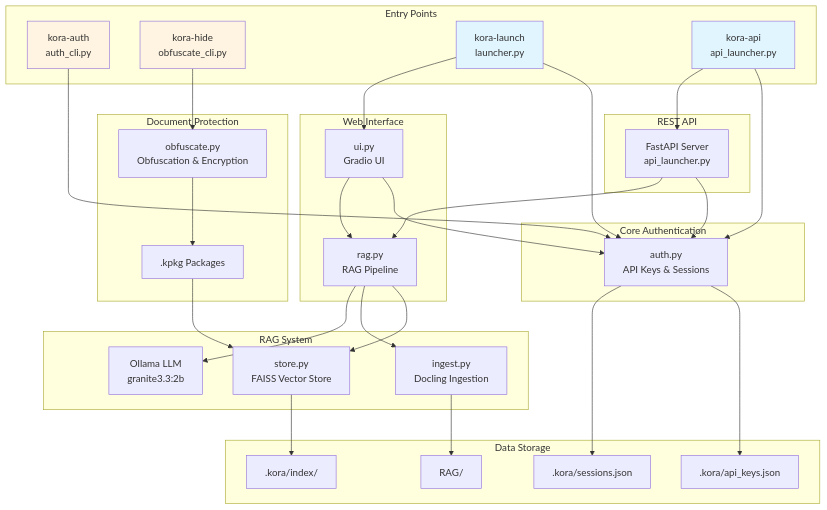
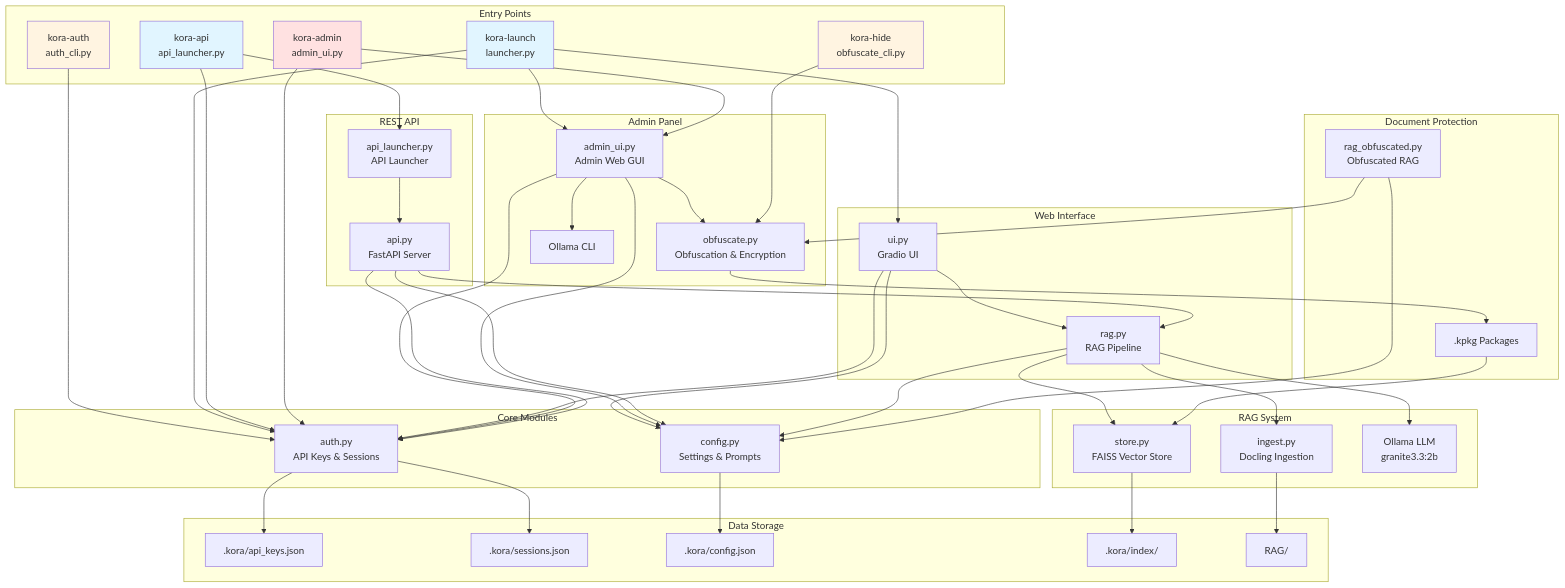
One commit to Fedele-AI/KORA changed the second of 2 diagrams in README.md. Above: the diagram before and after it, drawn with Mermaid. The commit also changed other lines of this file and 12 other files, not shown here.

````diff
--- a/README.md
+++ b/README.md
@@ -325,14 +496,17 @@
         CLI[kora-auth<br/>auth_cli.py]
         HIDE[kora-hide<br/>obfuscate_cli.py]
         WEB[kora-launch<br/>launcher.py]
-        API[kora-api<br/>api_launcher.py]
+        APICLI[kora-api<br/>api_launcher.py]
+        ADMIN[kora-admin<br/>admin_ui.py]
     end
     
-    subgraph "Core Authentication"
+    subgraph "Core Modules"
         AUTH[auth.py<br/>API Keys & Sessions]
+        CONFIG[config.py<br/>Settings & Prompts]
         CLI --> AUTH
         WEB --> AUTH
-        API --> AUTH
+        APICLI --> AUTH
+        ADMIN --> AUTH
     end
     
     subgraph "Web Interface"
@@ -340,13 +514,27 @@
         WEB --> UI
         UI --> AUTH
         UI --> RAG
+        UI --> CONFIG
+    end
+    
+    subgraph "Admin Panel"
+        ADMINUI[admin_ui.py<br/>Admin Web GUI]
+        WEB --> ADMINUI
+        ADMIN --> ADMINUI
+        ADMINUI --> AUTH
+        ADMINUI --> OBF
+        ADMINUI --> CONFIG
+        ADMINUI --> OLLAMA[Ollama CLI]
     end
     
     subgraph "REST API"
-        FASTAPI[FastAPI Server<br/>api_launcher.py]
-        API --> FASTAPI
+        FASTAPI[api.py<br/>FastAPI Server]
+        APILAUNCHER[api_launcher.py<br/>API Launcher]
+        APICLI --> APILAUNCHER
+        APILAUNCHER --> FASTAPI
         FASTAPI --> AUTH
         FASTAPI --> RAG
+        FASTAPI --> CONFIG
     end
     
     subgraph "RAG System"
@@ -356,30 +544,37 @@
         
         RAG --> STORE
         RAG --> INGEST
+        RAG --> CONFIG
         RAG --> LLM[Ollama LLM<br/>granite3.3:2b]
     end
     
     subgraph "Document Protection"
         OBF[obfuscate.py<br/>Obfuscation & Encryption]
+        RAGOBF[rag_obfuscated.py<br/>Obfuscated RAG]
         HIDE --> OBF
         OBF --> KPKG[.kpkg Packages]
+        RAGOBF --> OBF
+        RAGOBF --> CONFIG
         KPKG --> STORE
     end
     
     subgraph "Data Storage"
         APIKEYS[.kora/api_keys.json]
         SESSIONS[.kora/sessions.json]
+        CFGFILE[.kora/config.json]
         INDEX[.kora/index/]
         DOCS[RAG/]
         
         AUTH --> APIKEYS
         AUTH --> SESSIONS
+        CONFIG --> CFGFILE
         STORE --> INDEX
         INGEST --> DOCS
     end
     
     style WEB fill:#e1f5ff
-    style API fill:#e1f5ff
+    style APICLI fill:#e1f5ff
     style CLI fill:#fff4e1
     style HIDE fill:#fff4e1
+    style ADMIN fill:#ffe1e1
 ```
````
